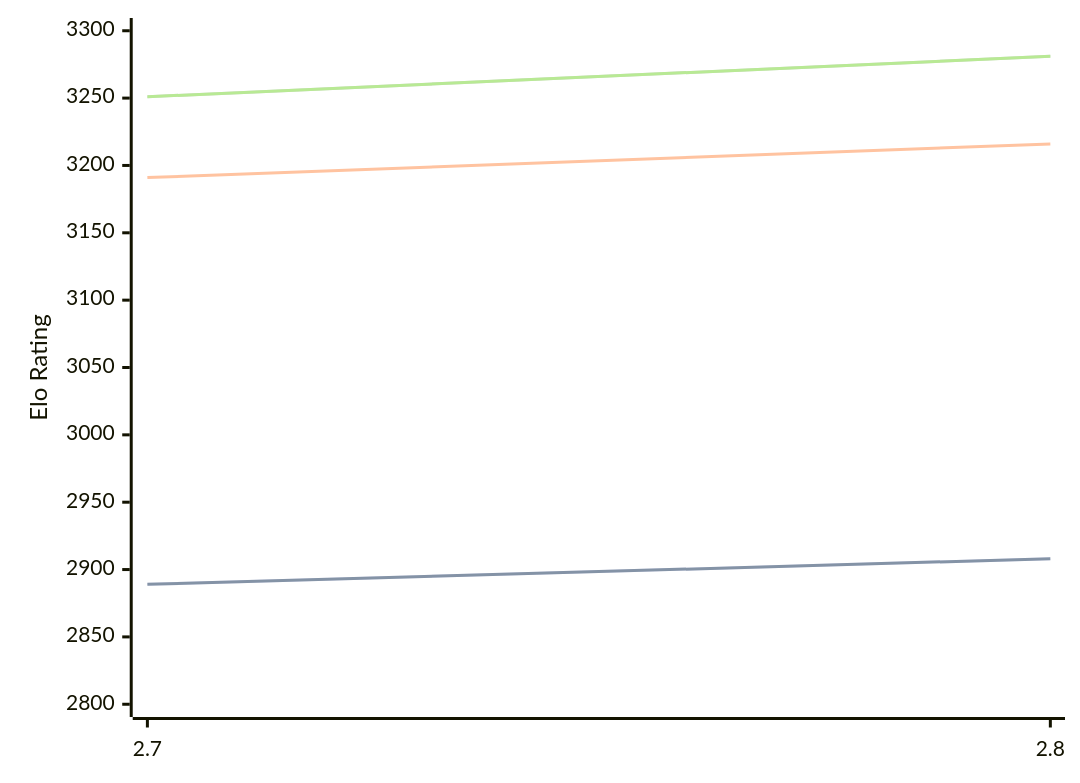
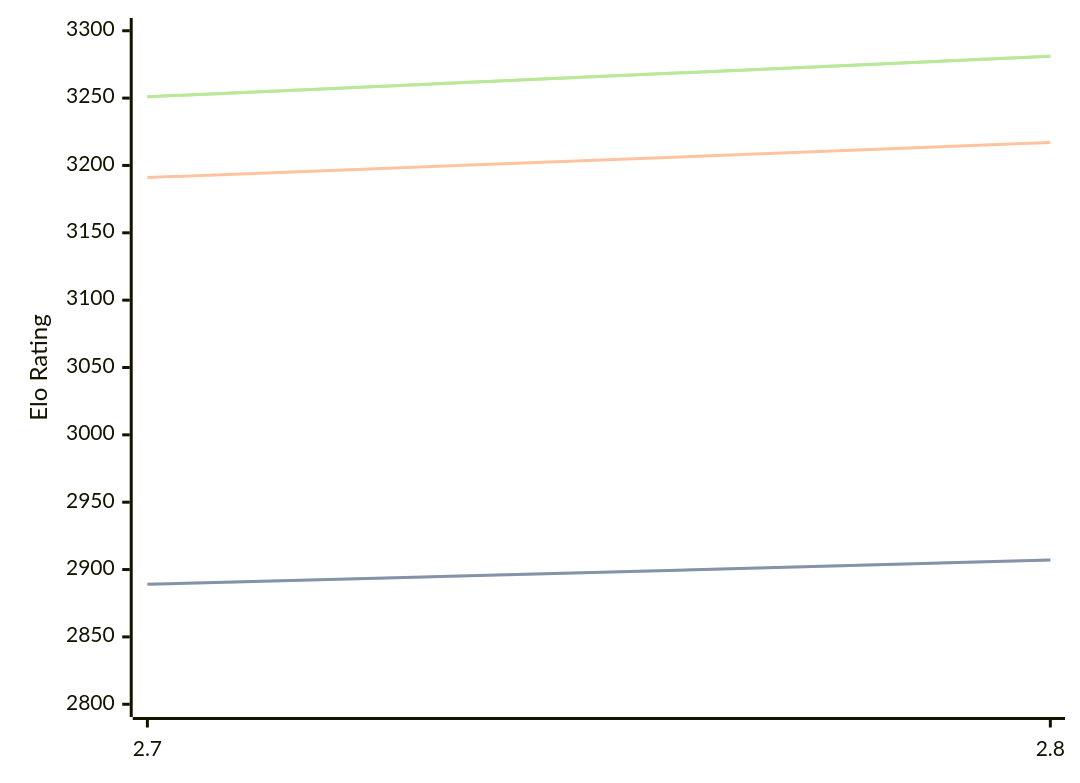
One commit to computer-chess-index/cci changed the diagram in engines/Arcanum.md. Above: the diagram before and after it, drawn with Mermaid. The commit also changed other lines of this file, not shown here.

````diff
--- a/engines/Arcanum.md
+++ b/engines/Arcanum.md
@@ -44,11 +44,11 @@
 ```mermaid
 %%{init: {"theme":"base","themeVariables":{"seriesColors:['#a3a3a3','#222221','#faa371']}}}%%
 xychart-beta
   x-axis ["2.7", "2.8"]
   y-axis "Elo Rating" 2800 --> 3300
-  line "STC (8.0+0.08s)" [2889, 2908]
-  line "STC (8.0+0.08s)" [2889, 2908]
-  line "LTC (60.0+0.60s)" [3191, 3216]
+  line "STC (8.0+0.08s)" [2889, 2907]
+  line "STC (8.0+0.08s)" [2889, 2907]
+  line "LTC (60.0+0.60s)" [3191, 3217]
   line "VLTC (2m24s+1.12s)" [3251, 3281]
   line "VLTC (2m24s+1.12s)" [3251, 3281]
 ```
````
